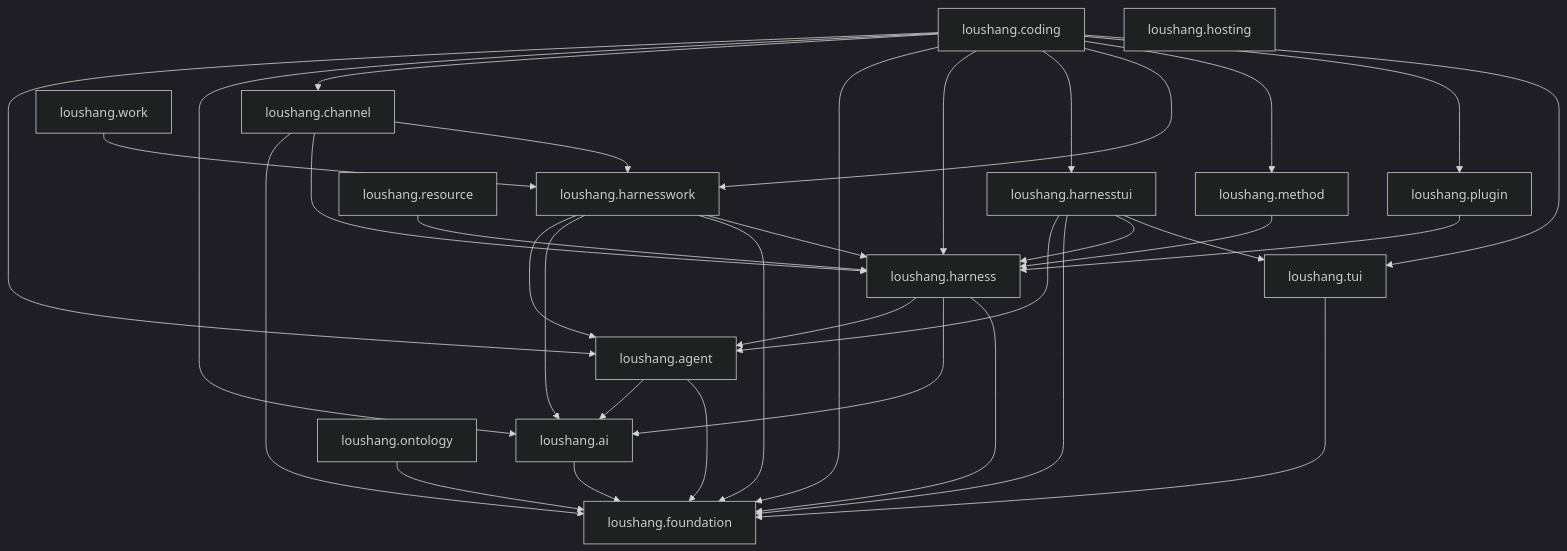
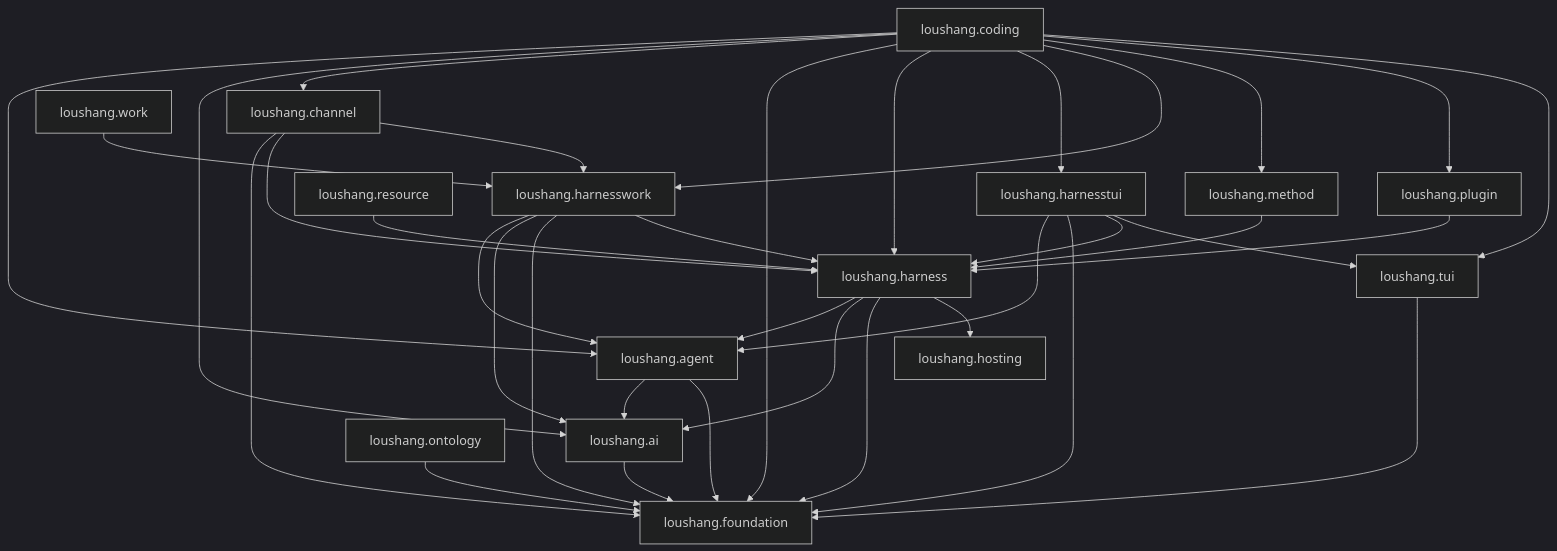
One commit to zhnt/loushang changed the diagram in docs/internals/architecture/generated/current-package-dependencies.md. Above: the diagram before and after it, drawn with Mermaid (dark theme). The commit also changed other lines of this file and 43 other files, not shown here.

````diff
--- a/docs/internals/architecture/generated/current-package-dependencies.md
+++ b/docs/internals/architecture/generated/current-package-dependencies.md
@@ -27,52 +27,53 @@
 ```mermaid
 graph TD
     PKG_AGENT["loushang.agent"]
     PKG_AI["loushang.ai"]
     PKG_CHANNEL["loushang.channel"]
     PKG_CODING["loushang.coding"]
     PKG_FOUNDATION["loushang.foundation"]
     PKG_HARNESS["loushang.harness"]
     PKG_HARNESSTUI["loushang.harnesstui"]
     PKG_HARNESSWORK["loushang.harnesswork"]
     PKG_HOSTING["loushang.hosting"]
     PKG_METHOD["loushang.method"]
     PKG_ONTOLOGY["loushang.ontology"]
     PKG_PLUGIN["loushang.plugin"]
     PKG_RESOURCE["loushang.resource"]
     PKG_TUI["loushang.tui"]
     PKG_WORK["loushang.work"]
 
     PKG_AGENT --> PKG_AI
     PKG_AGENT --> PKG_FOUNDATION
     PKG_AI --> PKG_FOUNDATION
     PKG_CHANNEL --> PKG_FOUNDATION
     PKG_CHANNEL --> PKG_HARNESS
     PKG_CHANNEL --> PKG_HARNESSWORK
     PKG_CODING --> PKG_AGENT
     PKG_CODING --> PKG_AI
     PKG_CODING --> PKG_CHANNEL
     PKG_CODING --> PKG_FOUNDATION
     PKG_CODING --> PKG_HARNESS
     PKG_CODING --> PKG_HARNESSTUI
     PKG_CODING --> PKG_HARNESSWORK
     PKG_CODING --> PKG_METHOD
     PKG_CODING --> PKG_PLUGIN
     PKG_CODING --> PKG_TUI
     PKG_HARNESS --> PKG_AGENT
     PKG_HARNESS --> PKG_AI
     PKG_HARNESS --> PKG_FOUNDATION
+    PKG_HARNESS --> PKG_HOSTING
     PKG_HARNESSTUI --> PKG_AGENT
     PKG_HARNESSTUI --> PKG_FOUNDATION
     PKG_HARNESSTUI --> PKG_HARNESS
     PKG_HARNESSTUI --> PKG_TUI
     PKG_HARNESSWORK --> PKG_AGENT
     PKG_HARNESSWORK --> PKG_AI
     PKG_HARNESSWORK --> PKG_FOUNDATION
     PKG_HARNESSWORK --> PKG_HARNESS
     PKG_METHOD --> PKG_HARNESS
     PKG_ONTOLOGY --> PKG_FOUNDATION
     PKG_PLUGIN --> PKG_HARNESS
     PKG_RESOURCE --> PKG_HARNESS
     PKG_TUI --> PKG_FOUNDATION
     PKG_WORK --> PKG_HARNESSWORK
 ```
````
